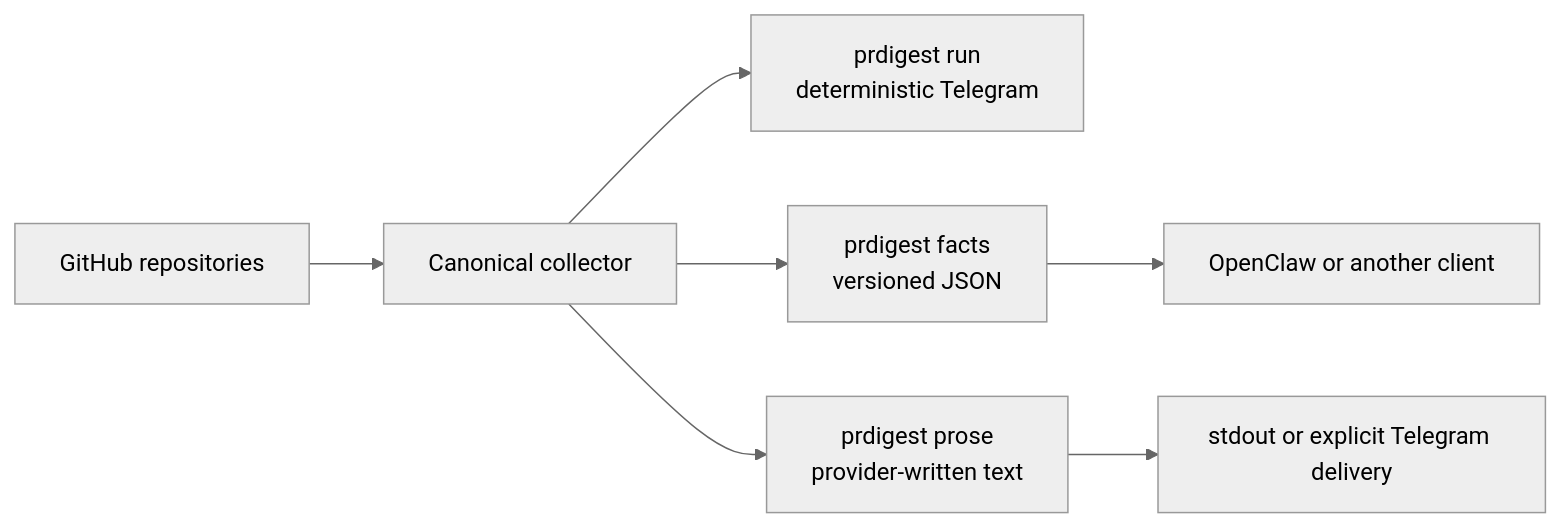
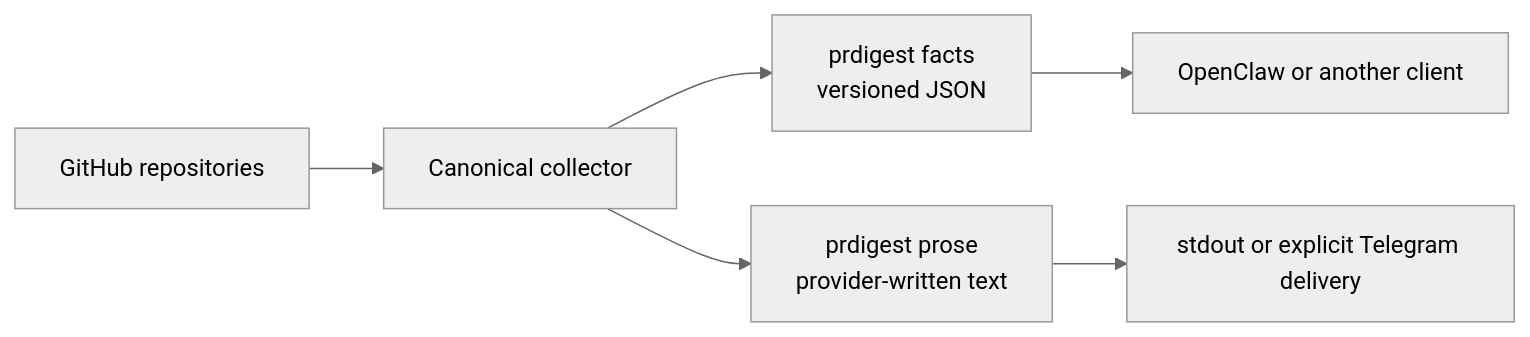
One commit to ivankuznetsov/prdigest changed the diagram in README.md. Above: the diagram before and after it, drawn with Mermaid (neutral theme). The commit also changed other lines of this file and 43 other files, not shown here.

````diff
--- a/README.md
+++ b/README.md
@@ -38,9 +37,8 @@
 ```mermaid
 flowchart LR
     GH[GitHub repositories] --> C[Canonical collector]
-    C --> RUN["prdigest run<br/>deterministic Telegram"]
     C --> FACTS["prdigest facts<br/>versioned JSON"]
     C --> PROSE["prdigest prose<br/>provider-written text"]
     FACTS --> OC[OpenClaw or another client]
     PROSE --> OUT[stdout or explicit Telegram delivery]
 ```
````
